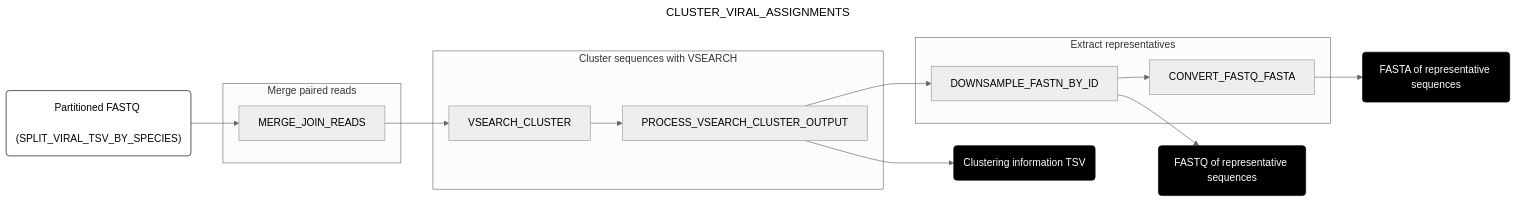
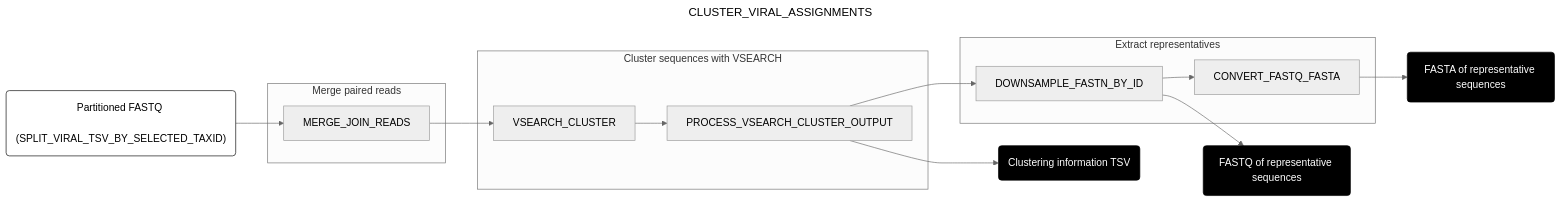
Before and after one commit to naobservatory/mgs-workflow: the sixth of 11 diagrams in docs/downstream.md, drawn with Mermaid (neutral theme). The commit also changed other lines of this file and 8 other files, not shown here.

````diff
--- a/docs/downstream.md
+++ b/docs/downstream.md
@@ -256,31 +256,31 @@
 ```mermaid
 ---
 title: CLUSTER_VIRAL_ASSIGNMENTS
 config:
   layout: horizontal
 ---
 flowchart LR
-A("Partitioned FASTQ <br> (SPLIT_VIRAL_TSV_BY_SPECIES)") --> B[MERGE_JOIN_READS]
+A("Partitioned FASTQ <br> (SPLIT_VIRAL_TSV_BY_SELECTED_TAXID)") --> B[MERGE_JOIN_READS]
 B --> C[VSEARCH_CLUSTER]
 C --> D[PROCESS_VSEARCH_CLUSTER_OUTPUT]
 D --> E[DOWNSAMPLE_FASTN_BY_ID]
 E --> F[CONVERT_FASTQ_FASTA]
 F --> G(FASTA of representative sequences)
 E --> H(FASTQ of representative sequences)
 D --> I(Clustering information TSV)
 subgraph "Merge paired reads"
 B
 end
 subgraph "Cluster sequences with VSEARCH"
 C
 D
 end
 subgraph "Extract representatives"
 E
 F
 end
 style A fill:#fff,stroke:#000
 style G fill:#000,color:#fff,stroke:#000
 style H fill:#000,color:#fff,stroke:#000
 style I fill:#000,color:#fff,stroke:#000
 ```
````
